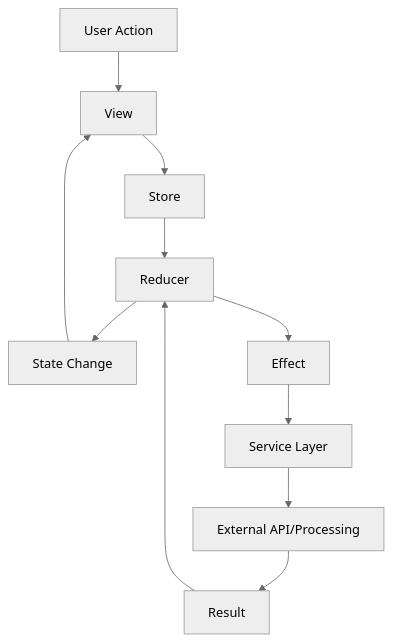
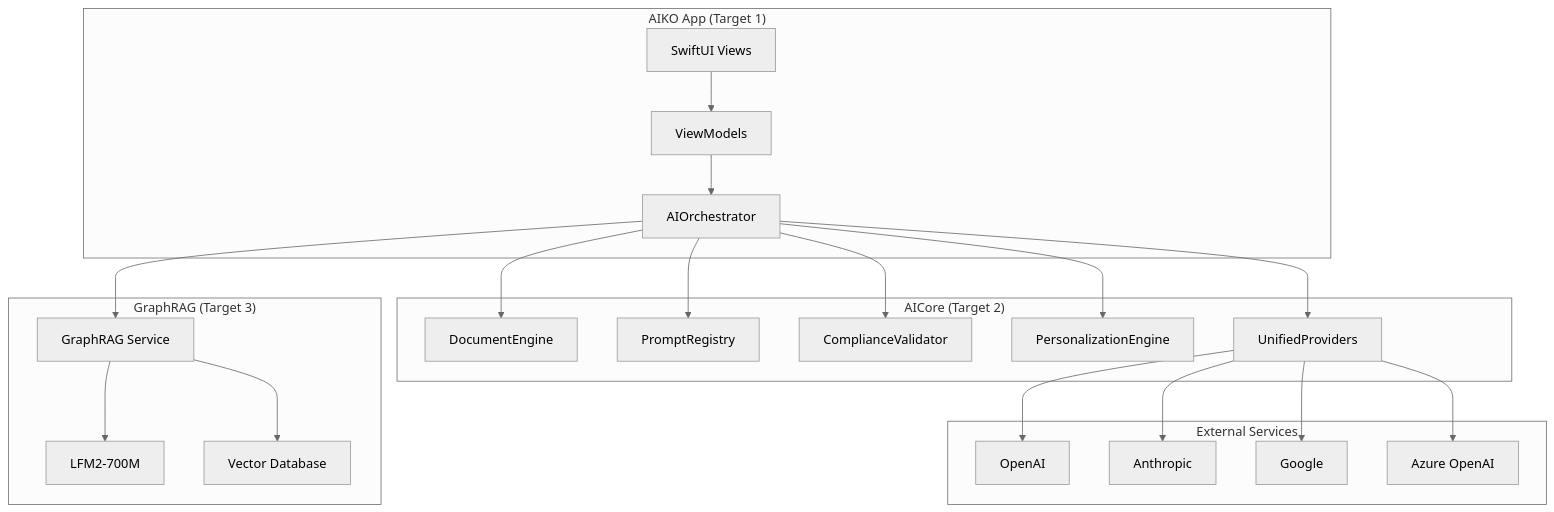
The diagram in Project_Architecture.md (JoshMcDev/AIKO-IOS), drawn with Mermaid (neutral theme) before and after one commit. The commit also changed other lines of this file and 326 other files, not shown here.

````diff
--- a/Project_Architecture.md
+++ b/Project_Architecture.md
@@ -214,13 +26,28 @@
 ```mermaid
-graph TD
-    A[User Action] --> B[View]
-    B --> C[Store]
-    C --> D[Reducer]
-    D --> E[State Change]
-    D --> F[Effect]
-    F --> G[Service Layer]
-    G --> H[External API/Processing]
-    H --> I[Result]
-    I --> D
-    E --> B
+graph TB
+    subgraph "AIKO App (Target 1)"
+        UI[SwiftUI Views] --> VM[ViewModels]
+        VM --> AO[AIOrchestrator]
+    end
+    
+    subgraph "AICore (Target 2)"
+        AO --> DE[DocumentEngine]
+        AO --> PR[PromptRegistry] 
+        AO --> CV[ComplianceValidator]
+        AO --> PE[PersonalizationEngine]
+        AO --> UP[UnifiedProviders]
+    end
+    
+    subgraph "GraphRAG (Target 3)"
+        GR[GraphRAG Service] --> LFM2[LFM2-700M]
+        GR --> VDB[Vector Database]
+        AO --> GR
+    end
+    
+    subgraph "External Services"
+        UP --> OpenAI[OpenAI]
+        UP --> Claude[Anthropic]
+        UP --> Gemini[Google]
+        UP --> Azure[Azure OpenAI]
+    end
 ```
````
